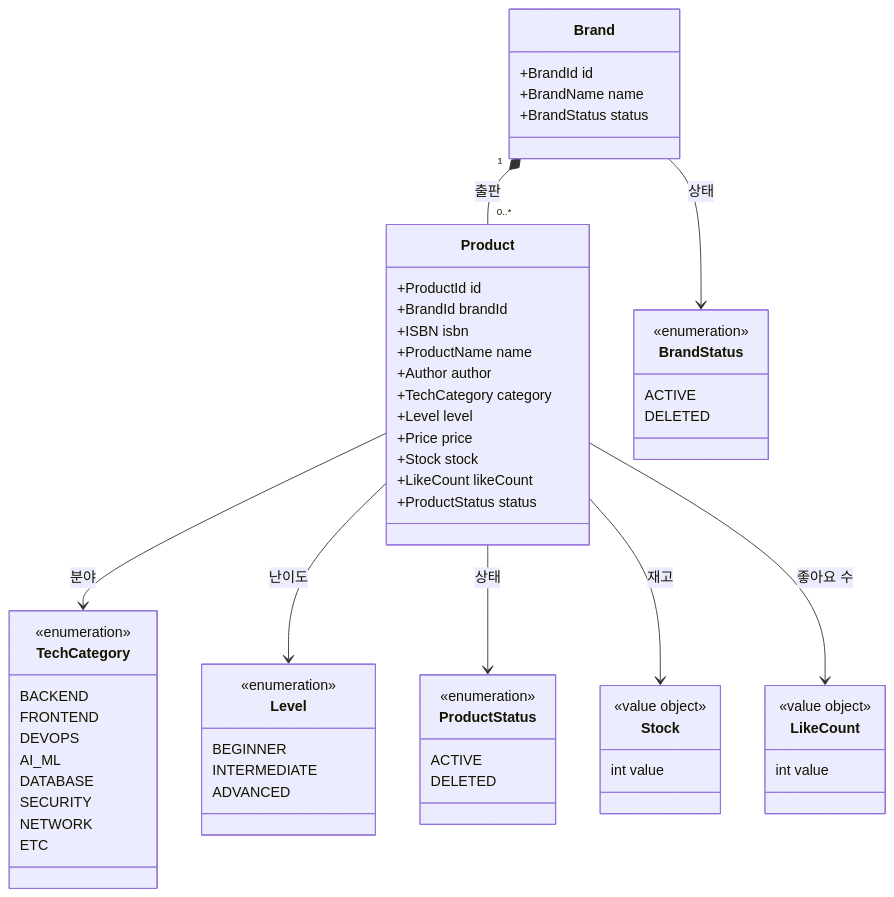
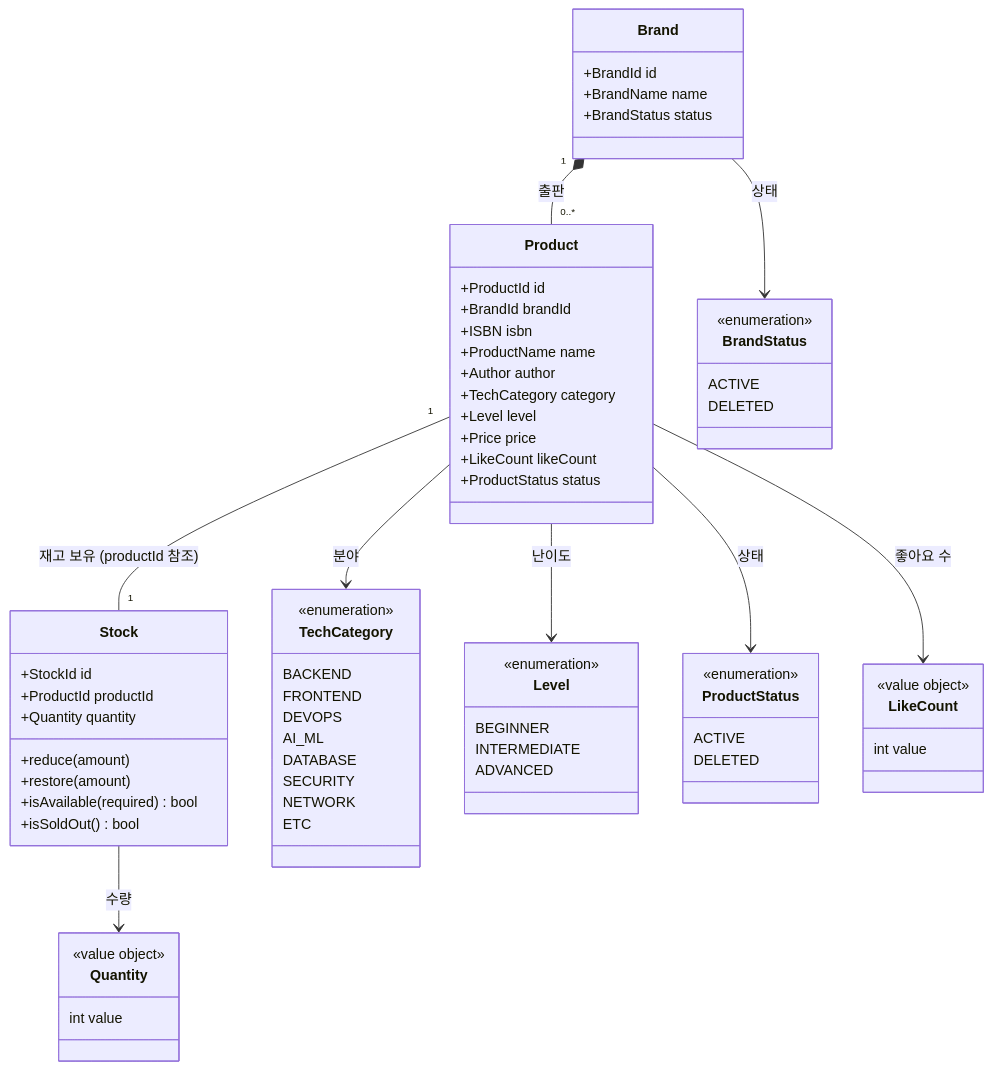
Before and after one commit to Rojojun/loop-pack-be-l2-vol4-kotlin: the ninth of 12 diagrams in .docs/design/00-domain-spec.md, drawn with Mermaid. The commit also changed other lines of this file and 2 other files, not shown here.

Commit message:
docs: 개발전 설계 문서 수정 stock 분리

````diff
--- a/.docs/design/00-domain-spec.md
+++ b/.docs/design/00-domain-spec.md
@@ -573,71 +576,81 @@
 ```mermaid
 classDiagram
     class Brand {
         +BrandId id
         +BrandName name
         +BrandStatus status
     }
 
     class Product {
         +ProductId id
         +BrandId brandId
         +ISBN isbn
         +ProductName name
         +Author author
         +TechCategory category
         +Level level
-        +Price price    
-        +Stock stock
+        +Price price
         +LikeCount likeCount
         +ProductStatus status
+    }
+
+    class Stock {
+        +StockId id
+        +ProductId productId
+        +Quantity quantity
+        +reduce(amount)
+        +restore(amount)
+        +isAvailable(required) bool
+        +isSoldOut() bool
     }
 
     class TechCategory {
         <<enumeration>>
         BACKEND
         FRONTEND
         DEVOPS
         AI_ML
         DATABASE
         SECURITY
         NETWORK
         ETC
     }
 
     class Level {
         <<enumeration>>
         BEGINNER
         INTERMEDIATE
         ADVANCED
     }
 
     class BrandStatus {
         <<enumeration>>
         ACTIVE
         DELETED
     }
 
     class ProductStatus {
         <<enumeration>>
         ACTIVE
         DELETED
     }
 
-    class Stock {
+    class Quantity {
         <<value object>>
         int value
     }
 
     class LikeCount {
         <<value object>>
         int value
     }
 
     Brand "1" *-- "0..*" Product : 출판
     Brand --> BrandStatus : 상태
     Product --> TechCategory : 분야
     Product --> Level : 난이도
     Product --> ProductStatus : 상태
-    Product --> Stock : 재고
+    Product "1" -- "1" Stock : 재고 보유 (productId 참조)
+    Stock --> Quantity : 수량
     Product --> LikeCount : 좋아요 수
 ```
````
